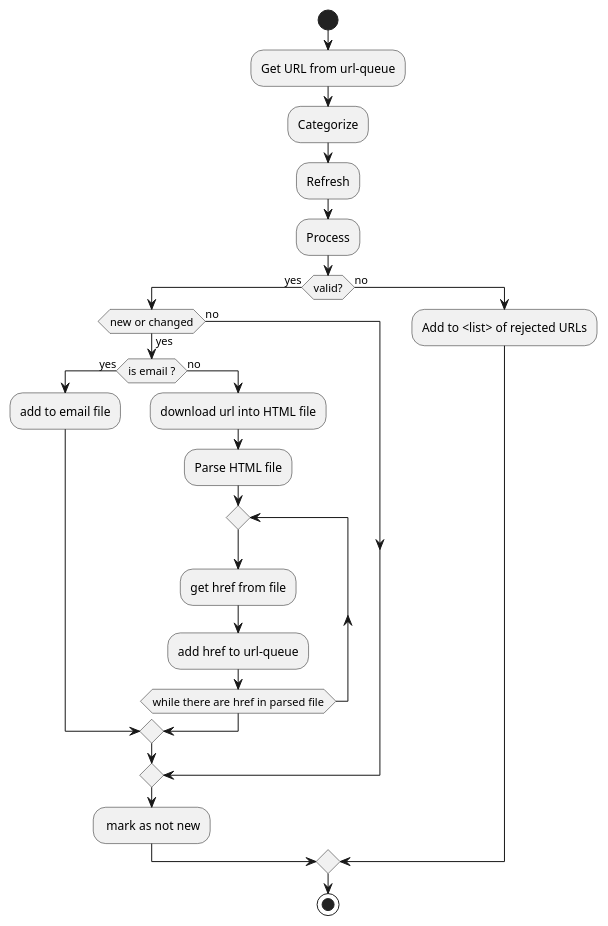
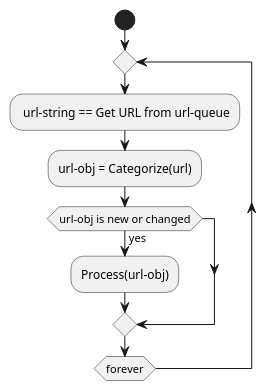
The diagram in design/urlhandler-3.puml (brochwerger/crawler), drawn with PlantUML before and after one commit. The commit also changed 1 other file, not shown here.

```diff
--- a/design/urlhandler-3.puml
+++ b/design/urlhandler-3.puml
@@ -1,38 +1,17 @@
 @startuml
 start
 
-:Get URL from url-queue;
+repeat
+: url-string == Get URL from url-queue;
 
-:Categorize;
+':Increase depth;
 
-:Refresh;
+:url-obj = Categorize(url);
 
-:Process;
+if (url-obj is new or changed) then (yes)
+    :Process(url-obj);
+endif
 
-'Note lef
-
-'#pink:Validate URL;
-if (valid?) then (yes)
-    '#pink:Check URL's history;
-    if (new or changed) then (yes)
-        if (is email ?) then (yes)
-            ':add href to email-queue;
-            :add to email file;
-        else (no)
-          :download url into HTML file;
-          ':compute hash of file;
-          ':Add to <list> of processed URLs;
-          :Parse HTML file;
-          repeat
-            :get href from file;
-            :add href to url-queue;
-          repeat while (while there are href in parsed file)
-        endif
-    else (no)
-    endif
-    : mark as not new;
-else (no)
- :Add to <list> of rejected URLs;
-endif
-stop
+'repeat while (depth < maxdepth)
+repeat while (forever)
 @enduml
```
